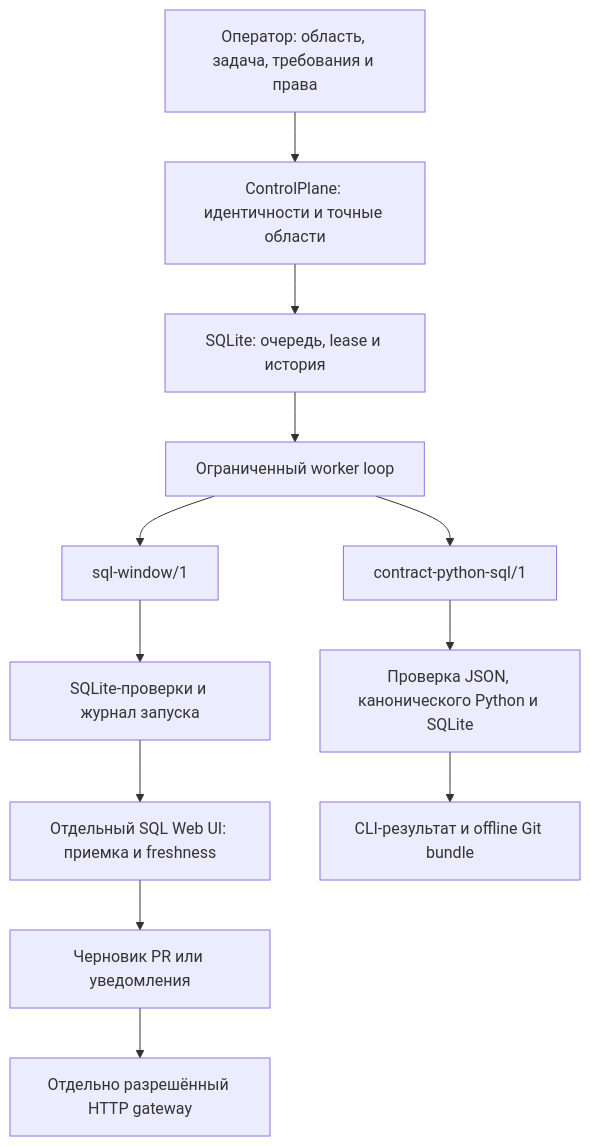
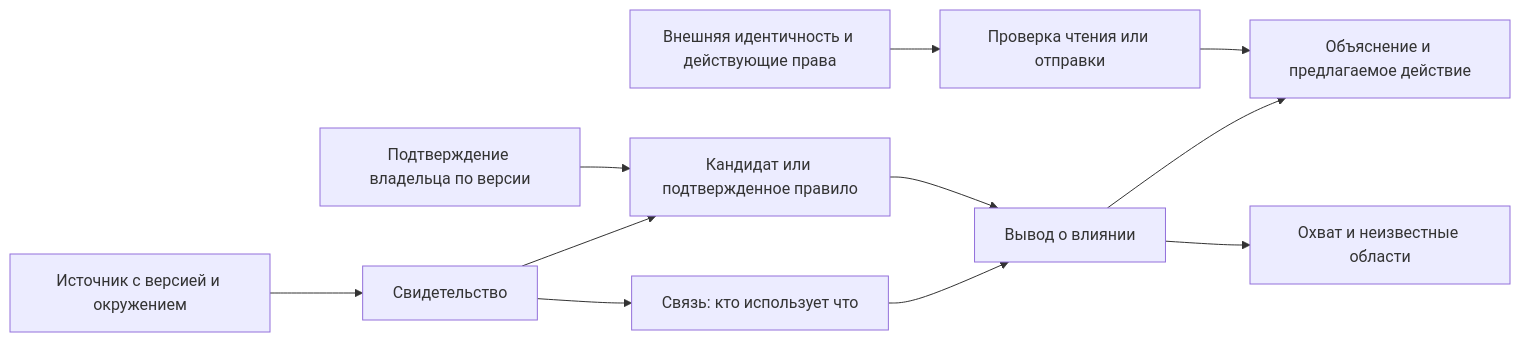
One commit to rengalaxies/agent changed the third of 9 diagrams in docs/product-architecture-2026-10-20.md. Above: the diagram before and after it, drawn with Mermaid. The commit also changed other lines of this file and 23 other files, not shown here.

Commit message:
docs: revise advisory architecture and pre-task constitution with nine validated diagrams

````diff
--- a/docs/product-architecture-2026-10-20.md
+++ b/docs/product-architecture-2026-10-20.md
@@ -68,14 +151,13 @@
 ```mermaid
-flowchart TD
-  O["Оператор: область, задача, требования и права"] --> C["ControlPlane: идентичности и точные области"]
-  C --> Q["SQLite: очередь, lease и история"]
-  Q --> W["Ограниченный worker loop"]
-  W --> S["sql-window/1"]
-  W --> J["contract-python-sql/1"]
-  S --> A["SQLite-проверки и журнал запуска"]
-  J --> B["Проверка JSON, канонического Python и SQLite"]
-  A --> U["Отдельный SQL Web UI: приемка и freshness"]
-  U --> D["Черновик PR или уведомления"]
-  D --> G["Отдельно разрешённый HTTP gateway"]
-  B --> E["CLI-результат и offline Git bundle"]
+flowchart LR
+  S["Источник с версией и окружением"] --> E["Свидетельство"]
+  E --> D["Связь: кто использует что"]
+  E --> R["Кандидат или подтвержденное правило"]
+  D --> I["Вывод о влиянии"]
+  R --> I
+  O["Подтверждение владельца по версии"] --> R
+  I --> A["Объяснение и предлагаемое действие"]
+  P["Внешняя идентичность и действующие права"] --> V["Проверка чтения или отправки"]
+  V --> A
+  I --> C["Охват и неизвестные области"]
 ```
````
